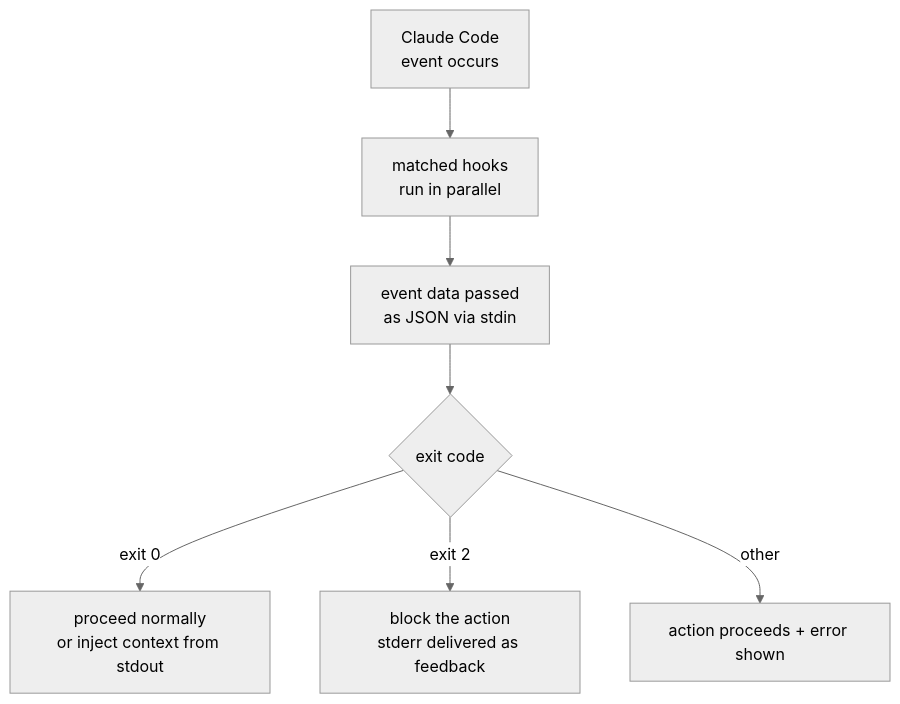
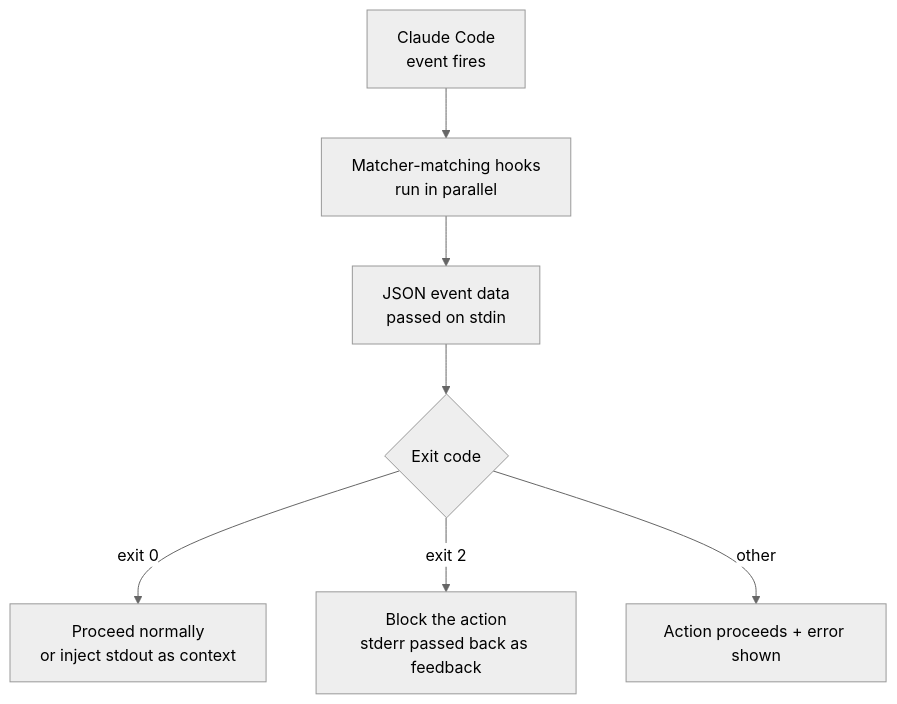
One commit to modu-ai/moai-adk changed the diagram in docs-site/content/en/claude-code/extensibility/hooks.md. Above: the diagram before and after it, drawn with Mermaid (neutral theme). The commit also changed other lines of this file and 395 other files, not shown here.

````diff
--- a/docs-site/content/en/claude-code/extensibility/hooks.md
+++ b/docs-site/content/en/claude-code/extensibility/hooks.md
@@ -72,9 +72,9 @@
 ```mermaid
 flowchart TD
-  A[Claude Code<br>event occurs] --> B[matched hooks<br>run in parallel]
-  B --> C[event data passed<br>as JSON via stdin]
-  C --> D{exit code}
-  D -->|exit 0| E[proceed normally<br>or inject context from stdout]
-  D -->|exit 2| F[block the action<br>stderr delivered as feedback]
-  D -->|other| G[action proceeds + error shown]
+  A[Claude Code<br>event fires] --> B[Matcher-matching hooks<br>run in parallel]
+  B --> C[JSON event data<br>passed on stdin]
+  C --> D{Exit code}
+  D -->|exit 0| E[Proceed normally<br>or inject stdout as context]
+  D -->|exit 2| F[Block the action<br>stderr passed back as feedback]
+  D -->|other| G[Action proceeds + error shown]
 ```
````
